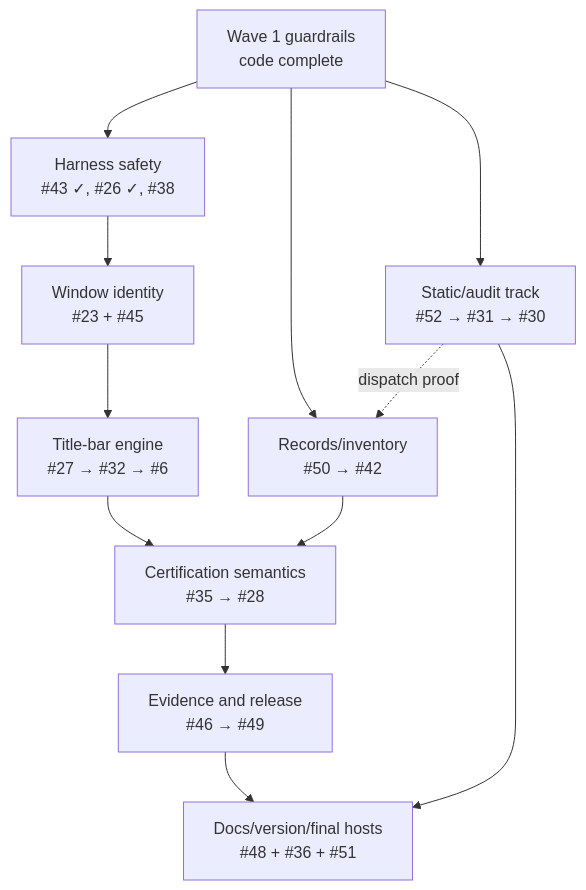
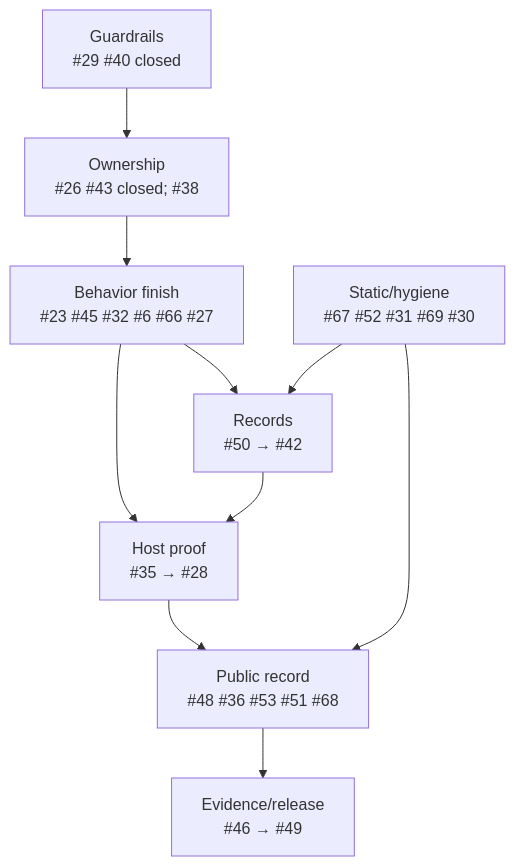
The diagram in docs/VBA-EXCEL_UI_v1.1.3_IMPLEMENTATION_SEQUENCE.md (danielep71/VBA-EXCEL_UI), drawn with Mermaid before and after one commit. The commit also changed other lines of this file, not shown here.

````diff
--- a/docs/VBA-EXCEL_UI_v1.1.3_IMPLEMENTATION_SEQUENCE.md
+++ b/docs/VBA-EXCEL_UI_v1.1.3_IMPLEMENTATION_SEQUENCE.md
@@ -90,24 +63,20 @@
 ```mermaid
 flowchart TD
-    A["Wave 1 guardrails<br/>code complete"]
-    B["Harness safety<br/>#43 ✓, #26 ✓, #38"]
-    C["Window identity<br/>#23 + #45"]
-    D["Title-bar engine<br/>#27 → #32 → #6"]
-    E["Static/audit track<br/>#52 → #31 → #30"]
-    F["Records/inventory<br/>#50 → #42"]
-    G["Certification semantics<br/>#35 → #28"]
-    H["Evidence and release<br/>#46 → #49"]
-    I["Docs/version/final hosts<br/>#48 + #36 + #51"]
-
+    A["Guardrails<br/>#29 #40 closed"]
+    B["Ownership<br/>#26 #43 closed; #38"]
+    C["Behavior finish<br/>#23 #45 #32 #6 #66 #27"]
+    D["Static/hygiene<br/>#67 #52 #31 #69 #30"]
+    E["Records<br/>#50 → #42"]
+    F["Host proof<br/>#35 → #28"]
+    G["Public record<br/>#48 #36 #53 #51 #68"]
+    H["Evidence/release<br/>#46 → #49"]
     A --> B
     B --> C
-    C --> D
-    A --> E
-    A --> F
-    E -. dispatch proof .-> F
+    C --> E
+    D --> E
+    C --> F
+    E --> F
+    F --> G
     D --> G
-    F --> G
     G --> H
-    H --> I
-    E --> I
 ```
````
